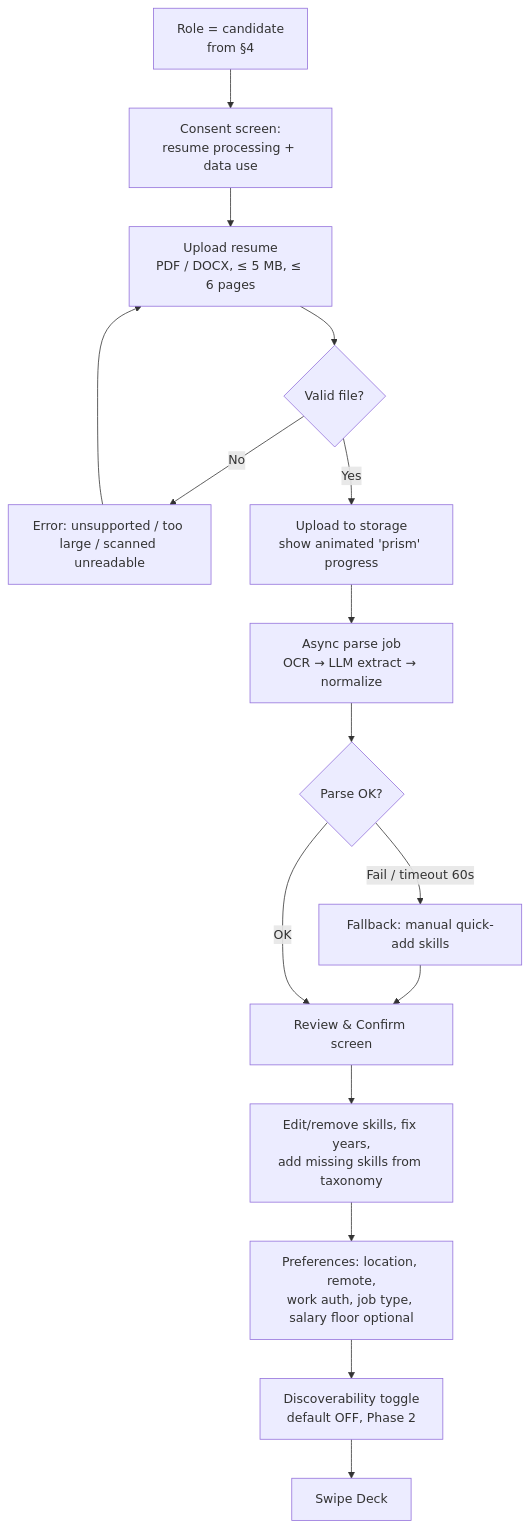
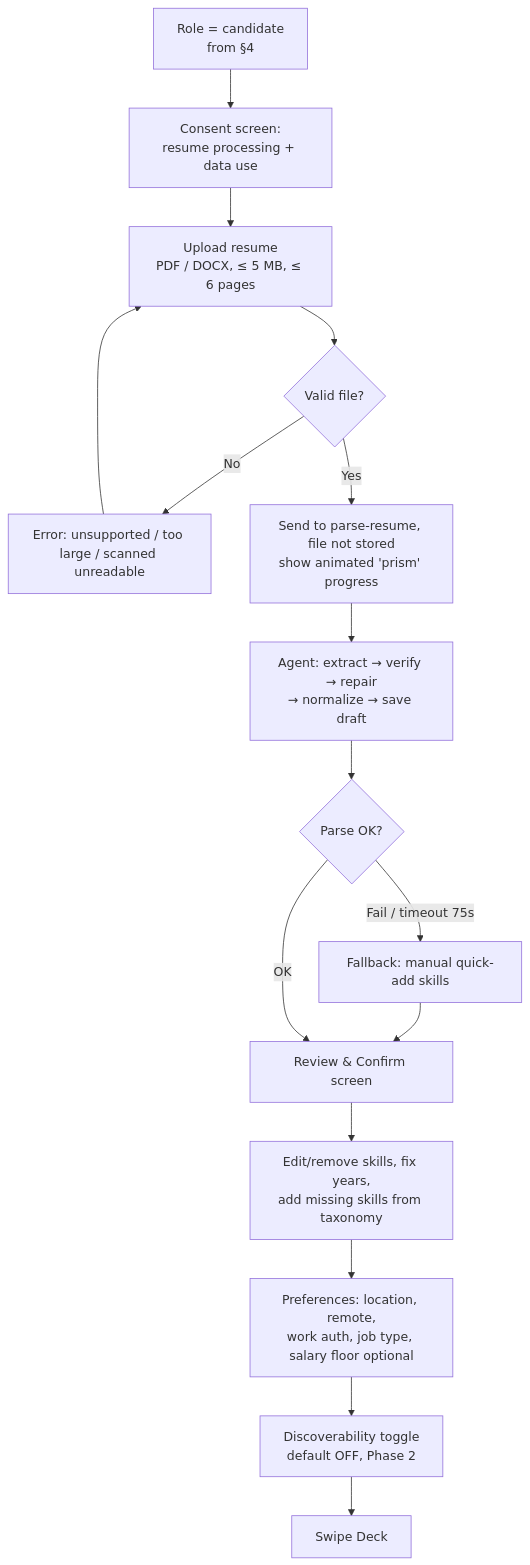
One commit to hope-mcmillen/project5 changed the second of 9 diagrams in docs/PRD.md. Above: the diagram before and after it, drawn with Mermaid. The commit also changed other lines of this file and 58 other files, not shown here.

````diff
--- a/docs/PRD.md
+++ b/docs/PRD.md
@@ -162,16 +168,16 @@
 ```mermaid
 flowchart TD
     A[Role = candidate<br/>from §4] --> C[Consent screen:<br/>resume processing + data use]
     C --> D[Upload resume<br/>PDF / DOCX, ≤ 5 MB, ≤ 6 pages]
     D --> E{Valid file?}
     E -- No --> D1[Error: unsupported / too large / scanned unreadable] --> D
-    E -- Yes --> F[Upload to storage<br/>show animated 'prism' progress]
-    F --> G[Async parse job<br/>OCR → LLM extract → normalize]
+    E -- Yes --> F[Send to parse-resume, file not stored<br/>show animated 'prism' progress]
+    F --> G[Agent: extract → verify → repair<br/>→ normalize → save draft]
     G --> H{Parse OK?}
-    H -- Fail / timeout 60s --> H1[Fallback: manual quick-add skills] --> I
+    H -- Fail / timeout 75s --> H1[Fallback: manual quick-add skills] --> I
     H -- OK --> I[Review & Confirm screen]
     I --> I1[Edit/remove skills, fix years,<br/>add missing skills from taxonomy]
     I1 --> J[Preferences: location, remote,<br/>work auth, job type, salary floor optional]
     J --> K[Discoverability toggle<br/>default OFF, Phase 2]
     K --> L[Swipe Deck]
 ```
````
